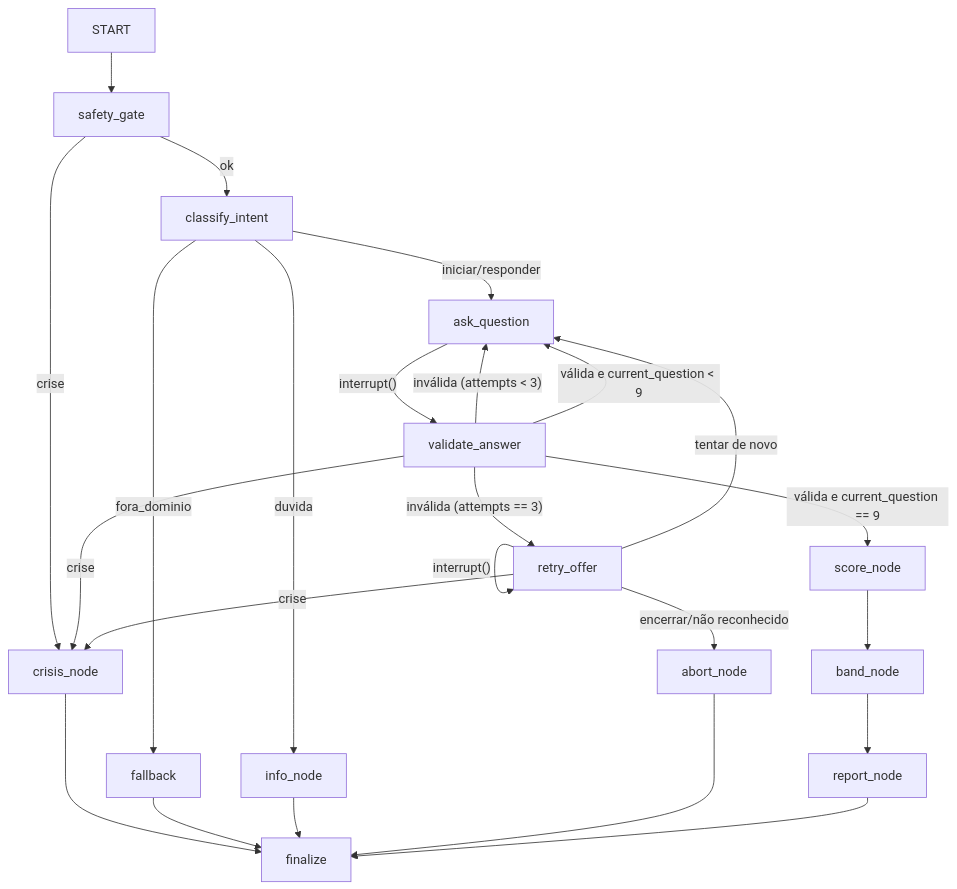
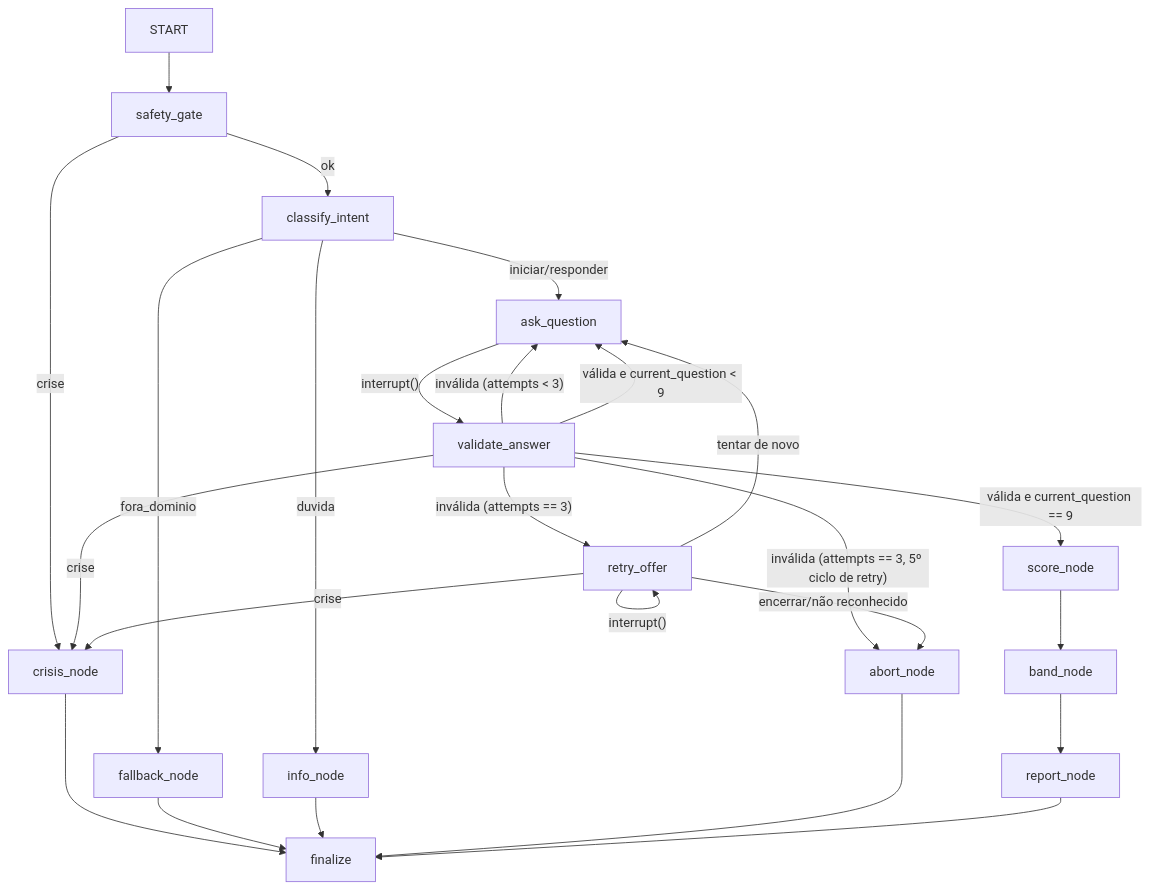
Before and after one commit to ernestodeoliveira/jogo-limpo-triagem: the diagram in docs/ARCHITECTURE.md, drawn with Mermaid. The commit also changed other lines of this file and 14 other files, not shown here.

````diff
--- a/docs/ARCHITECTURE.md
+++ b/docs/ARCHITECTURE.md
@@ -34,20 +34,21 @@
 ```mermaid
 flowchart TD
     START --> safety_gate
     safety_gate -- crise --> crisis_node --> finalize
     safety_gate -- ok --> classify_intent
-    classify_intent -- fora_dominio --> fallback --> finalize
+    classify_intent -- fora_dominio --> fallback_node --> finalize
     classify_intent -- duvida --> info_node --> finalize
     classify_intent -- iniciar/responder --> ask_question
     ask_question -- "interrupt()" --> validate_answer
     validate_answer -- crise --> crisis_node
     validate_answer -- inválida (attempts < 3) --> ask_question
     validate_answer -- inválida (attempts == 3) --> retry_offer
+    validate_answer -- inválida (attempts == 3, 5º ciclo de retry) --> abort_node
     retry_offer -- "interrupt()" --> retry_offer
     retry_offer -- crise --> crisis_node
     retry_offer -- tentar de novo --> ask_question
     retry_offer -- encerrar/não reconhecido --> abort_node --> finalize
     validate_answer -- válida e current_question < 9 --> ask_question
     validate_answer -- válida e current_question == 9 --> score_node
     score_node --> band_node --> report_node --> finalize
 ```
````
